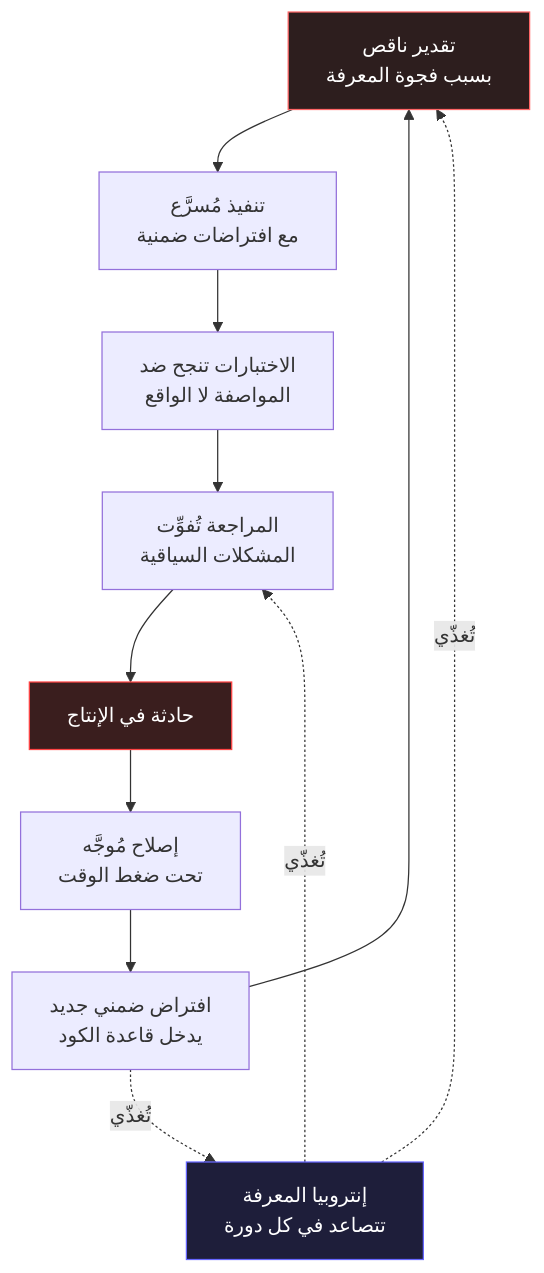
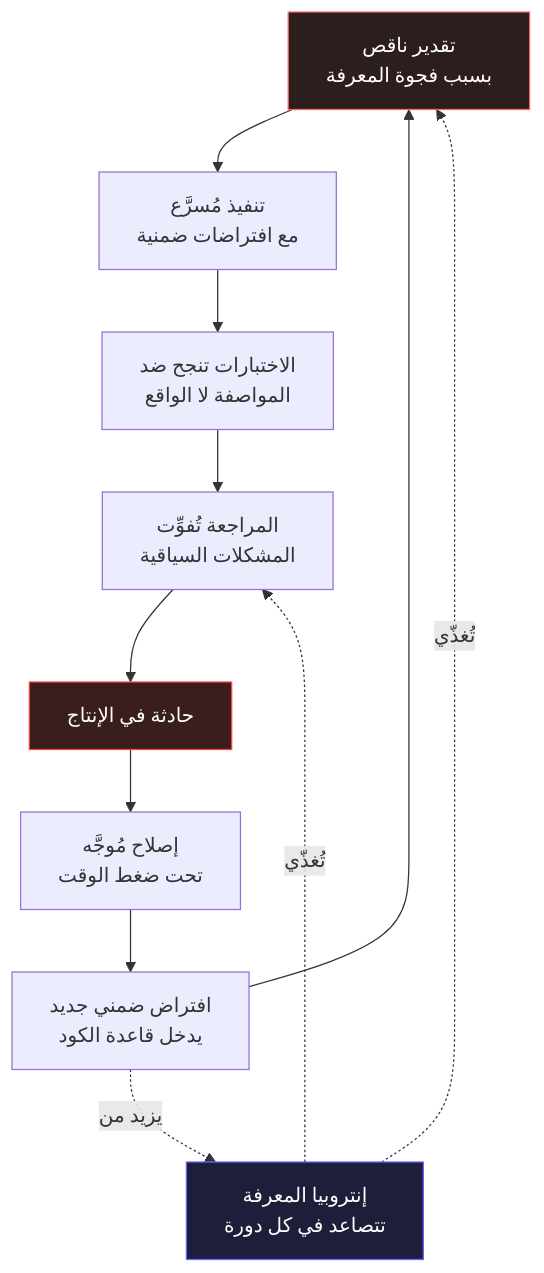
The second of 2 diagrams in book/chapters/Chapter-01/sections/section-02.ar.md (TarekNajem04/AI-Assisted-Professional-Engineering-with-.NET), drawn with Mermaid before and after one commit. The commit also changed other lines of this file and 3 other files, not shown here.

````diff
--- a/book/chapters/Chapter-01/sections/section-02.ar.md
+++ b/book/chapters/Chapter-01/sections/section-02.ar.md
@@ -143,18 +141,18 @@
 ```mermaid id="diagram-01-03"
 flowchart TD
     A[تقدير ناقص\nبسبب فجوة المعرفة] --> B[تنفيذ مُسرَّع\nمع افتراضات ضمنية]
     B --> C[الاختبارات تنجح ضد\nالمواصفة لا الواقع]
     C --> D[المراجعة تُفوِّت\nالمشكلات السياقية]
     D --> E[حادثة في الإنتاج]
     E --> F[إصلاح مُوجَّه\nتحت ضغط الوقت]
     F --> G[افتراض ضمني جديد\nيدخل قاعدة الكود]
     G --> A
 
     H[إنتروبيا المعرفة\nتتصاعد في كل دورة] -. تُغذّي .-> A
     H -. تُغذّي .-> D
-    G -. تُغذّي .-> H
+    G -. يزيد من .-> H
 
     style A fill:#2d1e1e,stroke:#ff6666,color:#fff
     style E fill:#3a1e1e,stroke:#ff4444,color:#fff
     style H fill:#1e1e3a,stroke:#6666ff,color:#fff
 ```
````
